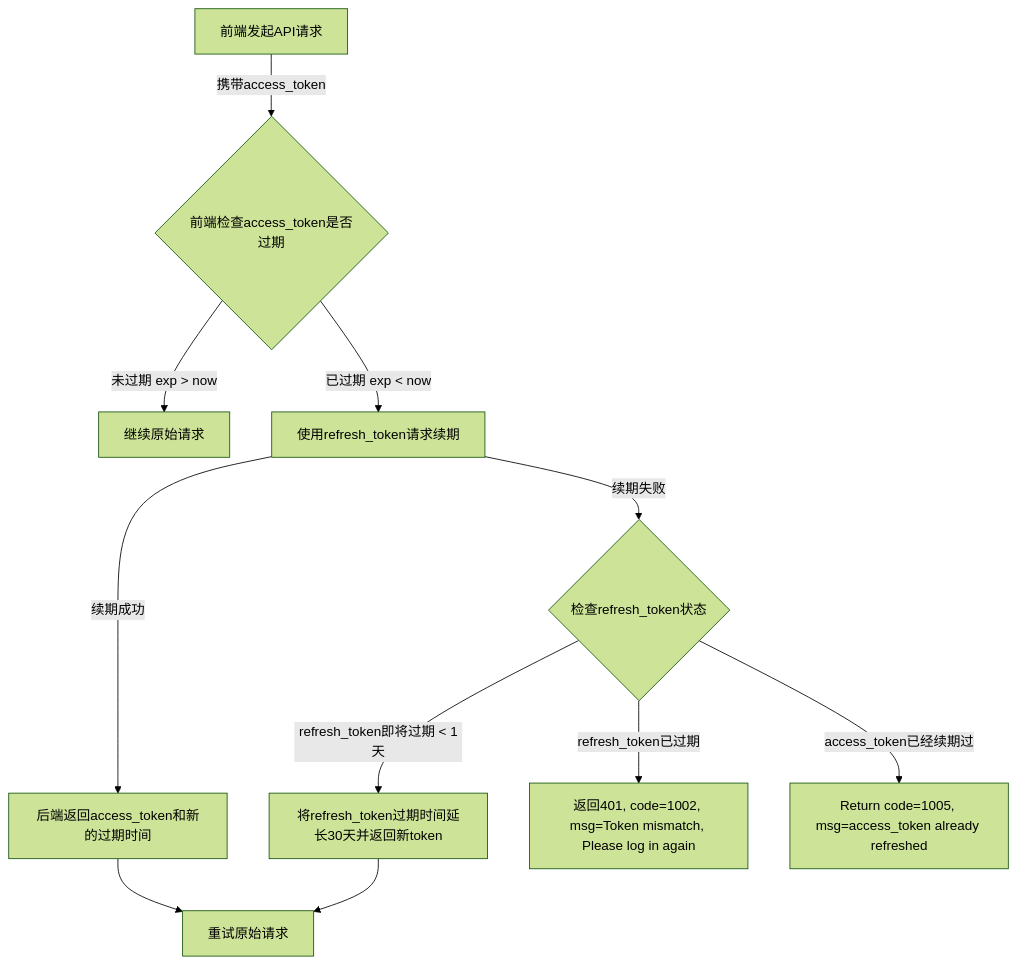
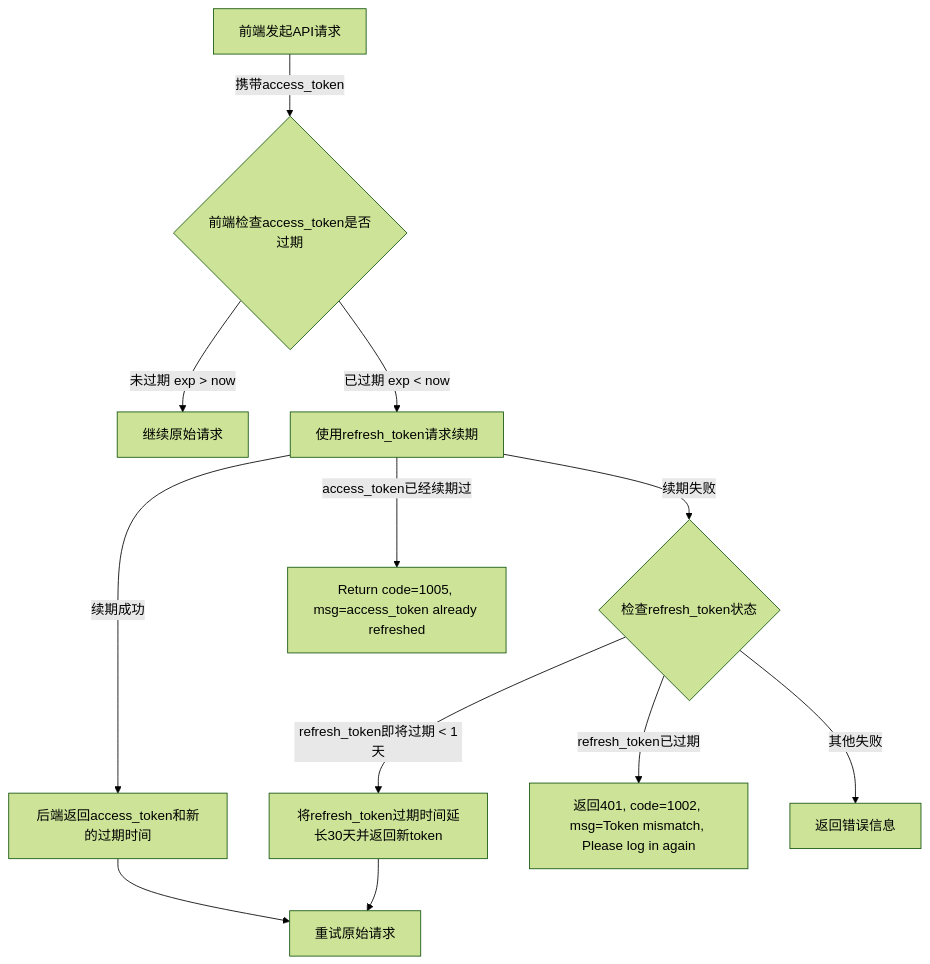
Before and after one commit to yingjianzh/iodraw-files: the diagram in all/openAPI-17.md, drawn with Mermaid (forest theme).

Commit message:
2025-01-08 18:08:12 update

````diff
--- a/all/openAPI-17.md
+++ b/all/openAPI-17.md
@@ -1,14 +1,15 @@
 ```mermaid
 flowchart TD
     A[前端发起API请求] -->|携带access_token| B{前端检查access_token是否过期}
     B -->|未过期 exp > now| C[继续原始请求]
     B -->|已过期 exp < now| D[使用refresh_token请求续期]
     D -->|续期成功| E[后端返回access_token和新的过期时间]
     D -->|续期失败| F{检查refresh_token状态}
     F -->|refresh_token即将过期 < 1天| G[将refresh_token过期时间延长30天并返回新token]
     F -->|refresh_token已过期| H[返回401, code=1002, msg=Token mismatch, Please log in again]
-    F -->|access_token已经续期过| I[Return code=1005, msg=access_token already refreshed]
+    F -->|其他失败| I[返回错误信息]
     E --> J[重试原始请求]
     G --> J[重试原始请求]
+    D -->|access_token已经续期过| K[Return code=1005, msg=access_token already refreshed]
 
 ```
````
